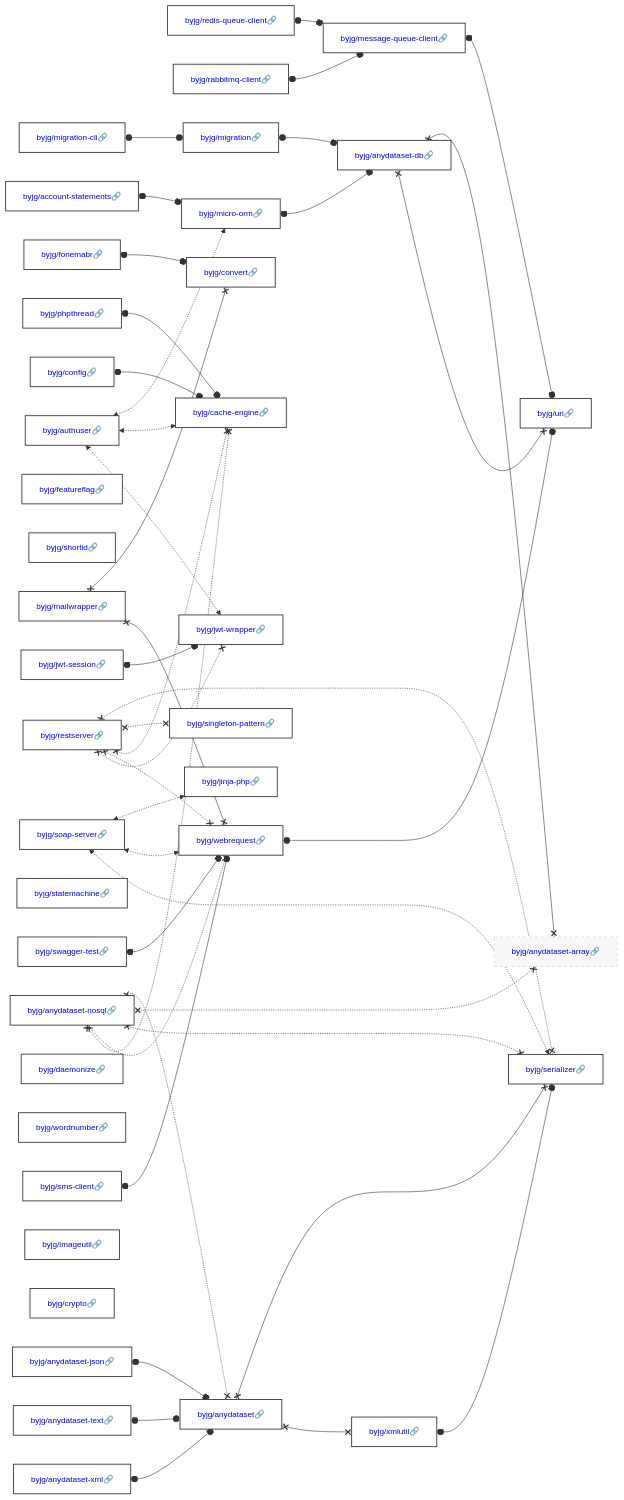
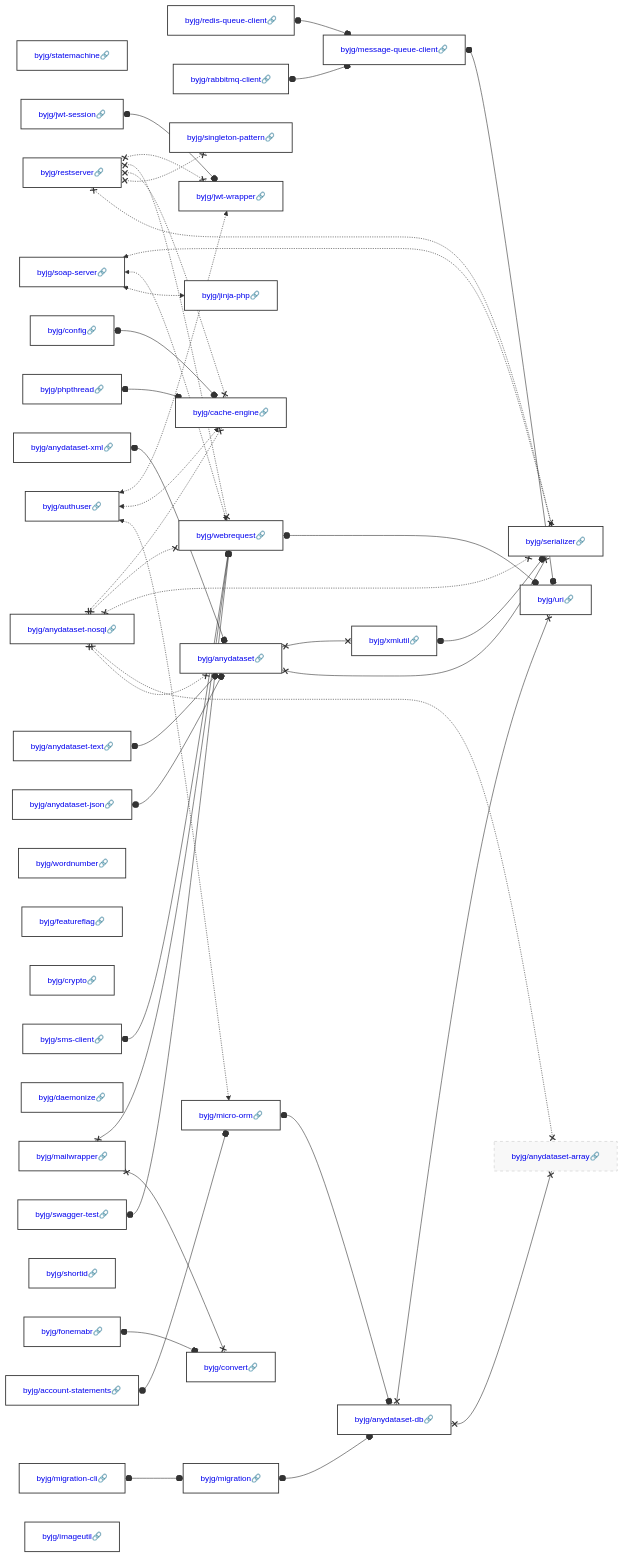
One commit to byjg/byjg.github.io changed the diagram in docs/php/README.md. Above: the diagram before and after it, drawn with Mermaid. The commit also changed other lines of this file and 23 other files, not shown here.

Commit message:
Update documentation 'php' 'php-restserver'

````diff
--- a/docs/php/README.md
+++ b/docs/php/README.md
@@ -3,40 +3,40 @@
 ```mermaid
 graph LR;
+  byjg/statemachine[<a href='https://opensource.byjg.com/docs/php/statemachine' style='text-decoration:none'>byjg/statemachine🔗</a>];
+  byjg/restserver[<a href='https://opensource.byjg.com/docs/php/restserver' style='text-decoration:none'>byjg/restserver🔗</a>];
+  byjg/account-statements[<a href='https://opensource.byjg.com/docs/php/account-statements' style='text-decoration:none'>byjg/account-statements🔗</a>];
+  byjg/soap-server[<a href='https://opensource.byjg.com/docs/php/soap-server' style='text-decoration:none'>byjg/soap-server🔗</a>];
+  byjg/jwt-session[<a href='https://opensource.byjg.com/docs/php/jwt-session' style='text-decoration:none'>byjg/jwt-session🔗</a>];
+  byjg/swagger-test[<a href='https://opensource.byjg.com/docs/php/swagger-test' style='text-decoration:none'>byjg/swagger-test🔗</a>];
+  byjg/authuser[<a href='https://opensource.byjg.com/docs/php/authuser' style='text-decoration:none'>byjg/authuser🔗</a>];
+  byjg/mailwrapper[<a href='https://opensource.byjg.com/docs/php/mailwrapper' style='text-decoration:none'>byjg/mailwrapper🔗</a>];
+  byjg/config[<a href='https://opensource.byjg.com/docs/php/config' style='text-decoration:none'>byjg/config🔗</a>];
+  byjg/phpthread[<a href='https://opensource.byjg.com/docs/php/phpthread' style='text-decoration:none'>byjg/phpthread🔗</a>];
+  byjg/anydataset-json[<a href='https://opensource.byjg.com/docs/php/anydataset-json' style='text-decoration:none'>byjg/anydataset-json🔗</a>];
+  byjg/wordnumber[<a href='https://opensource.byjg.com/docs/php/wordnumber' style='text-decoration:none'>byjg/wordnumber🔗</a>];
+  byjg/featureflag[<a href='https://opensource.byjg.com/docs/php/featureflag' style='text-decoration:none'>byjg/featureflag🔗</a>];
+  byjg/crypto[<a href='https://opensource.byjg.com/docs/php/crypto' style='text-decoration:none'>byjg/crypto🔗</a>];
+  byjg/redis-queue-client[<a href='https://opensource.byjg.com/docs/php/redis-queue-client' style='text-decoration:none'>byjg/redis-queue-client🔗</a>];
+  byjg/anydataset-nosql[<a href='https://opensource.byjg.com/docs/php/anydataset-nosql' style='text-decoration:none'>byjg/anydataset-nosql🔗</a>];
+  byjg/daemonize[<a href='https://opensource.byjg.com/docs/php/daemonize' style='text-decoration:none'>byjg/daemonize🔗</a>];
   byjg/migration-cli[<a href='https://opensource.byjg.com/docs/php/migration-cli' style='text-decoration:none'>byjg/migration-cli🔗</a>];
-  byjg/authuser[<a href='https://opensource.byjg.com/docs/php/authuser' style='text-decoration:none'>byjg/authuser🔗</a>];
-  byjg/soap-server[<a href='https://opensource.byjg.com/docs/php/soap-server' style='text-decoration:none'>byjg/soap-server🔗</a>];
-  byjg/anydataset-nosql[<a href='https://opensource.byjg.com/docs/php/anydataset-nosql' style='text-decoration:none'>byjg/anydataset-nosql🔗</a>];
-  byjg/phpthread[<a href='https://opensource.byjg.com/docs/php/phpthread' style='text-decoration:none'>byjg/phpthread🔗</a>];
-  byjg/jwt-session[<a href='https://opensource.byjg.com/docs/php/jwt-session' style='text-decoration:none'>byjg/jwt-session🔗</a>];
-  byjg/featureflag[<a href='https://opensource.byjg.com/docs/php/featureflag' style='text-decoration:none'>byjg/featureflag🔗</a>];
+  byjg/anydataset-xml[<a href='https://opensource.byjg.com/docs/php/anydataset-xml' style='text-decoration:none'>byjg/anydataset-xml🔗</a>];
   byjg/shortid[<a href='https://opensource.byjg.com/docs/php/shortid' style='text-decoration:none'>byjg/shortid🔗</a>];
-  byjg/config[<a href='https://opensource.byjg.com/docs/php/config' style='text-decoration:none'>byjg/config🔗</a>];
-  byjg/account-statements[<a href='https://opensource.byjg.com/docs/php/account-statements' style='text-decoration:none'>byjg/account-statements🔗</a>];
+  byjg/anydataset-text[<a href='https://opensource.byjg.com/docs/php/anydataset-text' style='text-decoration:none'>byjg/anydataset-text🔗</a>];
   byjg/fonemabr[<a href='https://opensource.byjg.com/docs/php/fonemabr' style='text-decoration:none'>byjg/fonemabr🔗</a>];
-  byjg/mailwrapper[<a href='https://opensource.byjg.com/docs/php/mailwrapper' style='text-decoration:none'>byjg/mailwrapper🔗</a>];
-  byjg/statemachine[<a href='https://opensource.byjg.com/docs/php/statemachine' style='text-decoration:none'>byjg/statemachine🔗</a>];
-  byjg/anydataset-text[<a href='https://opensource.byjg.com/docs/php/anydataset-text' style='text-decoration:none'>byjg/anydataset-text🔗</a>];
-  byjg/restserver[<a href='https://opensource.byjg.com/docs/php/restserver' style='text-decoration:none'>byjg/restserver🔗</a>];
-  byjg/daemonize[<a href='https://opensource.byjg.com/docs/php/daemonize' style='text-decoration:none'>byjg/daemonize🔗</a>];
-  byjg/redis-queue-client[<a href='https://opensource.byjg.com/docs/php/redis-queue-client' style='text-decoration:none'>byjg/redis-queue-client🔗</a>];
-  byjg/wordnumber[<a href='https://opensource.byjg.com/docs/php/wordnumber' style='text-decoration:none'>byjg/wordnumber🔗</a>];
   byjg/sms-client[<a href='https://opensource.byjg.com/docs/php/sms-client' style='text-decoration:none'>byjg/sms-client🔗</a>];
+  byjg/imageutil[<a href='https://opensource.byjg.com/docs/php/imageutil' style='text-decoration:none'>byjg/imageutil🔗</a>];
   byjg/rabbitmq-client[<a href='https://opensource.byjg.com/docs/php/rabbitmq-client' style='text-decoration:none'>byjg/rabbitmq-client🔗</a>];
-  byjg/imageutil[<a href='https://opensource.byjg.com/docs/php/imageutil' style='text-decoration:none'>byjg/imageutil🔗</a>];
-  byjg/crypto[<a href='https://opensource.byjg.com/docs/php/crypto' style='text-decoration:none'>byjg/crypto🔗</a>];
-  byjg/anydataset-json[<a href='https://opensource.byjg.com/docs/php/anydataset-json' style='text-decoration:none'>byjg/anydataset-json🔗</a>];
-  byjg/swagger-test[<a href='https://opensource.byjg.com/docs/php/swagger-test' style='text-decoration:none'>byjg/swagger-test🔗</a>];
-  byjg/anydataset-xml[<a href='https://opensource.byjg.com/docs/php/anydataset-xml' style='text-decoration:none'>byjg/anydataset-xml🔗</a>];
-  byjg/migration[<a href='https://opensource.byjg.com/docs/php/migration' style='text-decoration:none'>byjg/migration🔗</a>];
+  byjg/singleton-pattern[<a href='https://opensource.byjg.com/docs/php/singleton-pattern' style='text-decoration:none'>byjg/singleton-pattern🔗</a>];
   byjg/jinja-php[<a href='https://opensource.byjg.com/docs/php/jinja-php' style='text-decoration:none'>byjg/jinja-php🔗</a>];
   byjg/micro-orm[<a href='https://opensource.byjg.com/docs/php/micro-orm' style='text-decoration:none'>byjg/micro-orm🔗</a>];
+  byjg/jwt-wrapper[<a href='https://opensource.byjg.com/docs/php/jwt-wrapper' style='text-decoration:none'>byjg/jwt-wrapper🔗</a>];
+  byjg/cache-engine[<a href='https://opensource.byjg.com/docs/php/cache-engine' style='text-decoration:none'>byjg/cache-engine🔗</a>];
+  byjg/migration[<a href='https://opensource.byjg.com/docs/php/migration' style='text-decoration:none'>byjg/migration🔗</a>];
+  byjg/anydataset[<a href='https://opensource.byjg.com/docs/php/anydataset' style='text-decoration:none'>byjg/anydataset🔗</a>];
   byjg/convert[<a href='https://opensource.byjg.com/docs/php/convert' style='text-decoration:none'>byjg/convert🔗</a>];
-  byjg/singleton-pattern[<a href='https://opensource.byjg.com/docs/php/singleton-pattern' style='text-decoration:none'>byjg/singleton-pattern🔗</a>];
-  byjg/cache-engine[<a href='https://opensource.byjg.com/docs/php/cache-engine' style='text-decoration:none'>byjg/cache-engine🔗</a>];
-  byjg/jwt-wrapper[<a href='https://opensource.byjg.com/docs/php/jwt-wrapper' style='text-decoration:none'>byjg/jwt-wrapper🔗</a>];
+  byjg/webrequest[<a href='https://opensource.byjg.com/docs/php/webrequest' style='text-decoration:none'>byjg/webrequest🔗</a>];
   byjg/message-queue-client[<a href='https://opensource.byjg.com/docs/php/message-queue-client' style='text-decoration:none'>byjg/message-queue-client🔗</a>];
-  byjg/webrequest[<a href='https://opensource.byjg.com/docs/php/webrequest' style='text-decoration:none'>byjg/webrequest🔗</a>];
-  byjg/anydataset[<a href='https://opensource.byjg.com/docs/php/anydataset' style='text-decoration:none'>byjg/anydataset🔗</a>];
   byjg/anydataset-db[<a href='https://opensource.byjg.com/docs/php/anydataset-db' style='text-decoration:none'>byjg/anydataset-db🔗</a>];
   byjg/xmlutil[<a href='https://opensource.byjg.com/docs/php/xmlutil' style='text-decoration:none'>byjg/xmlutil🔗</a>];
   byjg/anydataset-array[<a href='https://opensource.byjg.com/docs/php/anydataset-array' style='text-decoration:none'>byjg/anydataset-array🔗</a>];
````
